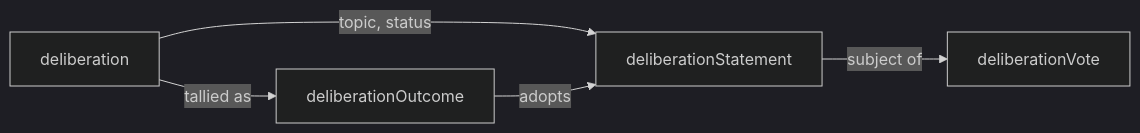
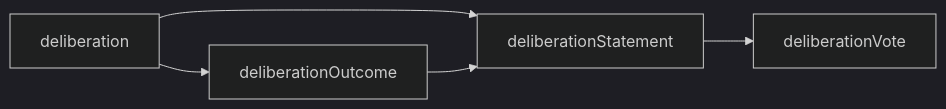
One commit to idiolect-dev/idiolect changed the diagram in docs/book/src/concepts/deliberation.md. Above: the diagram before and after it, drawn with Mermaid (dark theme). The commit also changed other lines of this file and 97 other files, not shown here.

````diff
--- a/docs/book/src/concepts/deliberation.md
+++ b/docs/book/src/concepts/deliberation.md
@@ -11,7 +9,7 @@
 ```mermaid
 flowchart LR
-    DEL[deliberation] -->|topic, status| DST[deliberationStatement]
-    DST -->|subject of| DVO[deliberationVote]
-    DEL -->|tallied as| DOU[deliberationOutcome]
-    DOU -->|adopts| DST
+    DEL[deliberation] --> DST[deliberationStatement]
+    DST --> DVO[deliberationVote]
+    DEL --> DOU[deliberationOutcome]
+    DOU --> DST
 ```
````
